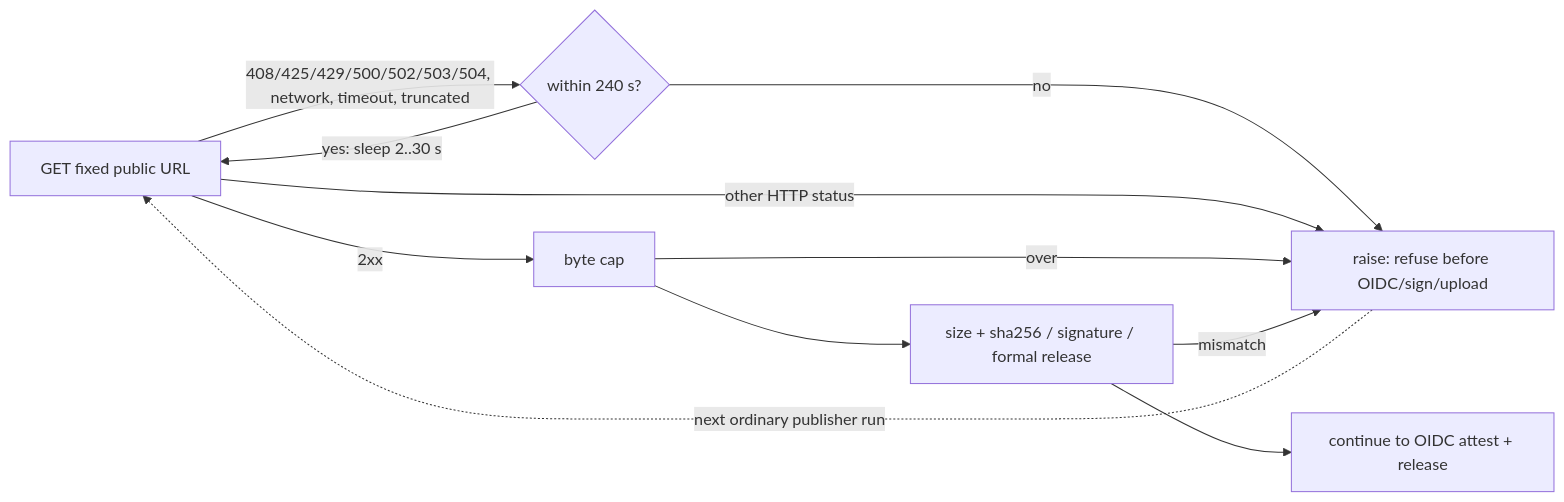
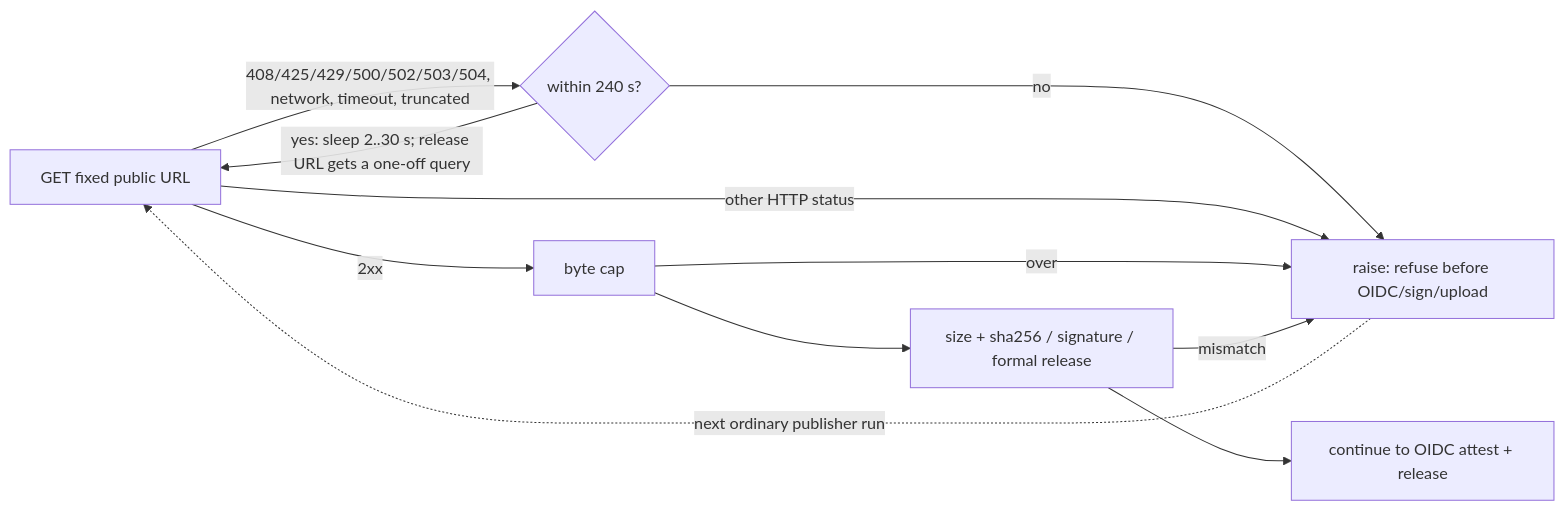
The second of 6 diagrams in docs/architecture/modules/distribution/update-catalog.md (kitepon/BellTeam), drawn with Mermaid before and after one commit. The commit also changed other lines of this file and 2 other files, not shown here.

First line of the commit message:
Retry formal release downloads past a cached github.com 504

````diff
--- a/docs/architecture/modules/distribution/update-catalog.md
+++ b/docs/architecture/modules/distribution/update-catalog.md
@@ -33,13 +36,13 @@
 ```mermaid
 flowchart LR
   Req[GET fixed public URL] -->|2xx| Cap[byte cap]
   Req -->|408/425/429/500/502/503/504, network, timeout, truncated| Wait{within 240 s?}
-  Wait -->|yes: sleep 2..30 s| Req
+  Wait -->|yes: sleep 2..30 s; release URL gets a one-off query| Req
   Wait -->|no| Refuse[raise: refuse before OIDC/sign/upload]
   Req -->|other HTTP status| Refuse
   Cap -->|over| Refuse
   Cap --> Identity[size + sha256 / signature / formal release]
   Identity -->|mismatch| Refuse
   Identity --> Sign[continue to OIDC attest + release]
   Refuse -.->|next ordinary publisher run| Req
 ```
````
